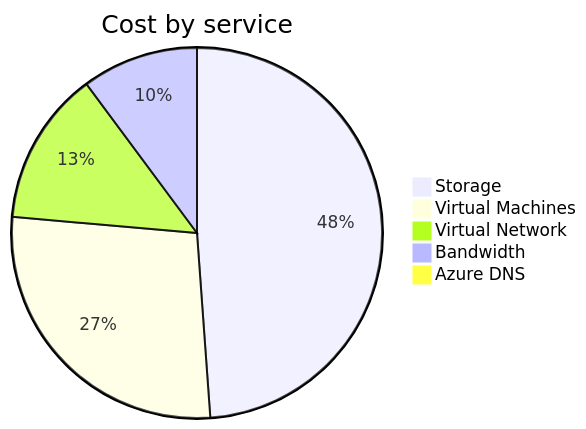
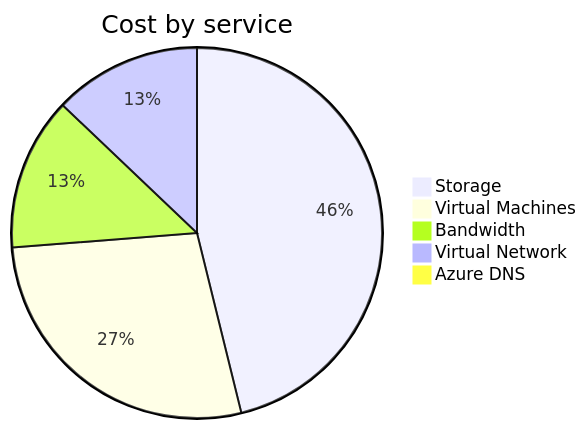
The second of 4 diagrams in cost-reports/personal-network/README.md (jpfulton/azure-personal-reports), drawn with Mermaid before and after one commit. The commit also changed other lines of this file and 8 other files, not shown here.

````diff
--- a/cost-reports/personal-network/README.md
+++ b/cost-reports/personal-network/README.md
@@ -97,9 +97,9 @@
 ```mermaid
 pie
    title Cost by service
-   "Storage" : 1.49
-   "Virtual Machines" : 0.84
-   "Virtual Network" : 0.41
-   "Bandwidth" : 0.31
-   "Azure DNS" : 0.03
+   "Storage" : 2.04
+   "Virtual Machines" : 1.22
+   "Bandwidth" : 0.59
+   "Virtual Network" : 0.57
+   "Azure DNS" : 0.04
 ```
````
